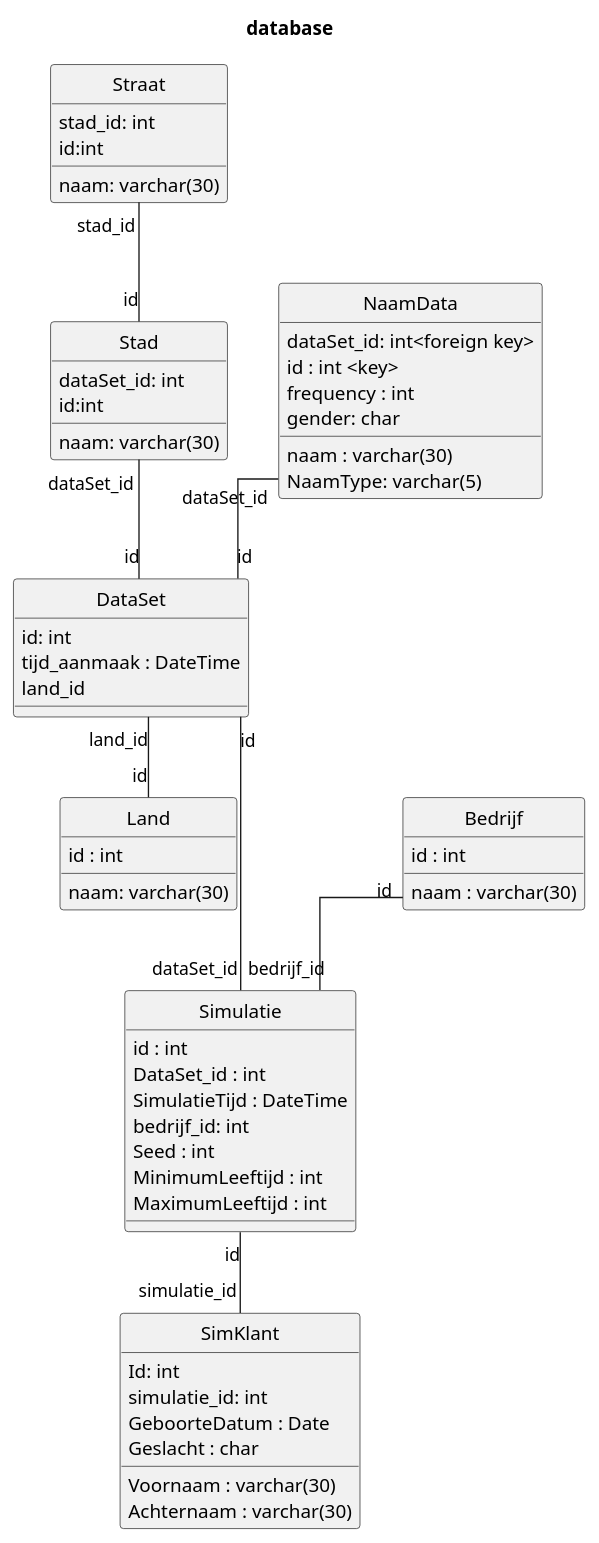
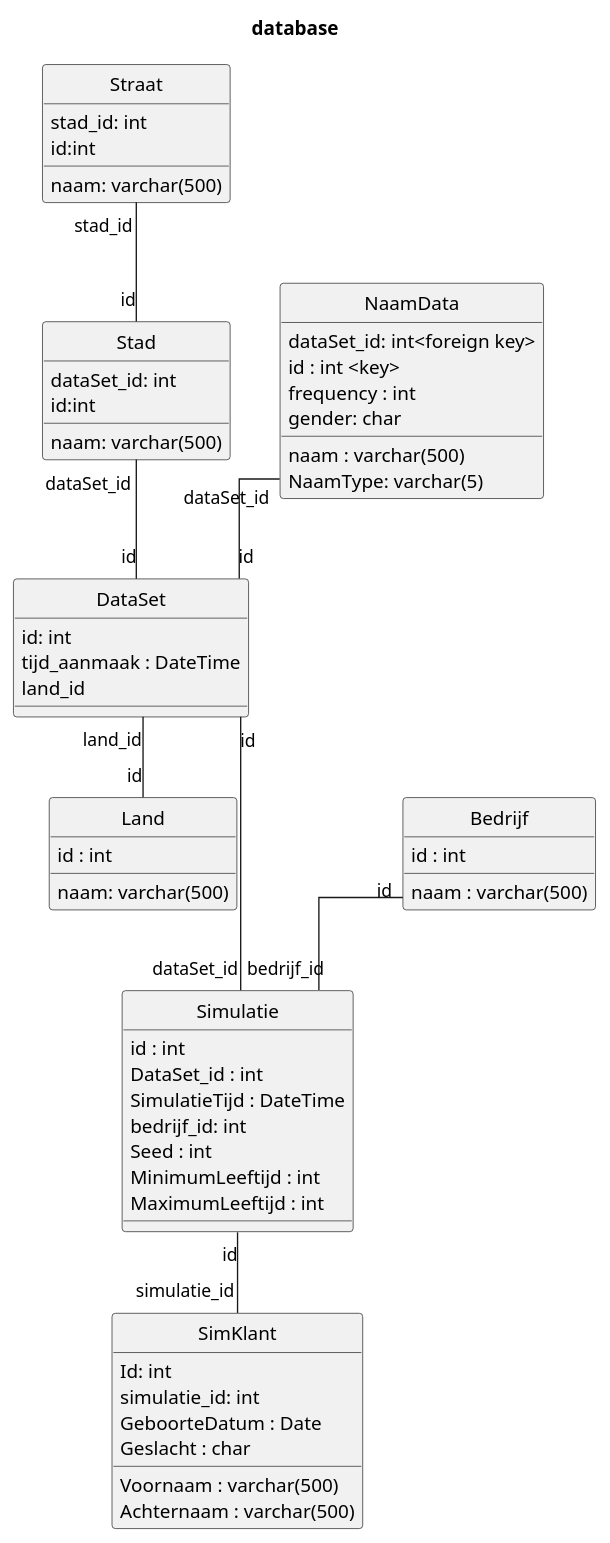
Before and after one commit to mrSerious195/EindOpdrachtPG1: the diagram in Ontwerp/Databank.plantuml, drawn with PlantUML. The commit also changed 26 other files, not shown here.

```diff
--- a/Ontwerp/Databank.plantuml
+++ b/Ontwerp/Databank.plantuml
@@ -1,82 +1,82 @@
 @startuml databank
 title database
 ' configuration
 hide circle
 skinparam linetype ortho
 
 
 
 class NaamData{
 dataSet_id: int<foreign key>
 id : int <key>
-naam : varchar(30)
+naam : varchar(500)
 frequency : int
 gender: char
 NaamType: varchar(5)
 }
 
 class DataSet{
     id: int
     tijd_aanmaak : DateTime
     land_id
 }
 
 class Land{
     id : int
-    naam: varchar(30)
+    naam: varchar(500)
 }
 DataSet "land_id"--"id" Land
 
 class Stad{
     dataSet_id: int
     id:int
-    naam: varchar(30)
+    naam: varchar(500)
 }
 
 class Straat{
     stad_id: int
     id:int
-    naam: varchar(30)
+    naam: varchar(500)
 }
 
 DataSet "id"-U-"dataSet_id" Stad
 DataSet "id"-U-"dataSet_id" NaamData
 class anchor{}
 hide anchor
 DataSet -- anchor
 NaamData -- anchor
 anchor -l- Stad
 Straat "stad_id" -- "id" Stad
 
 class Simulatie{
     id : int
     DataSet_id : int
     SimulatieTijd : DateTime 
     bedrijf_id: int
     Seed : int
     MinimumLeeftijd : int
     MaximumLeeftijd : int
 }
 
 DataSet "id"---"dataSet_id" Simulatie
 
 class SimKlant{
 Id: int
 simulatie_id: int
- Voornaam : varchar(30)
- Achternaam : varchar(30)
+ Voornaam : varchar(500)
+ Achternaam : varchar(500)
  GeboorteDatum : Date
  Geslacht : char
 
 }
 
 Simulatie "id" -- "simulatie_id" SimKlant
 
 class Bedrijf{
     id : int
-    naam : varchar(30)
+    naam : varchar(500)
 }
 
 Bedrijf "id" -- "bedrijf_id" Simulatie
 
 @enduml
```
